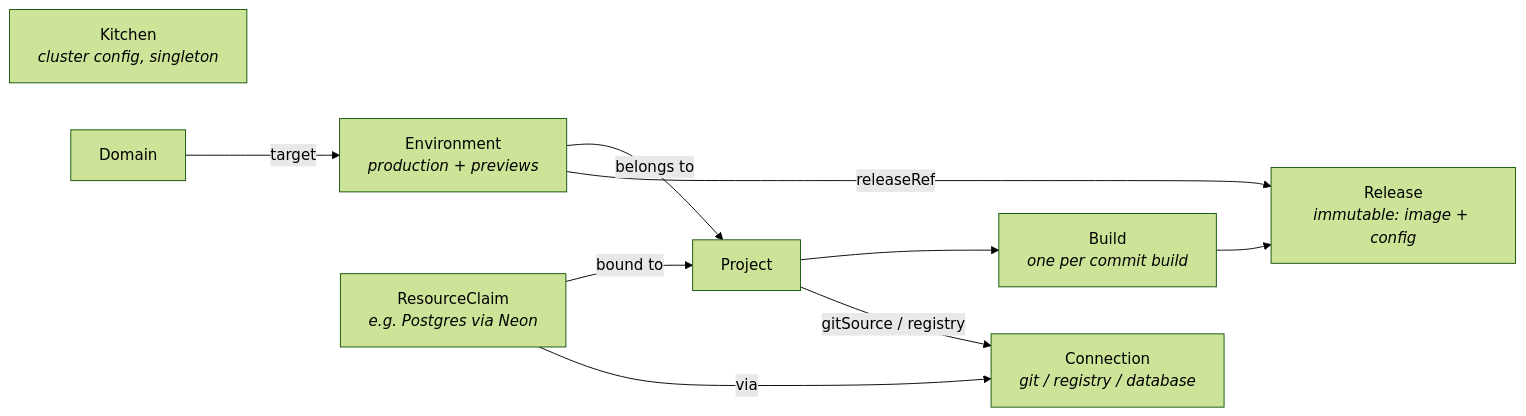
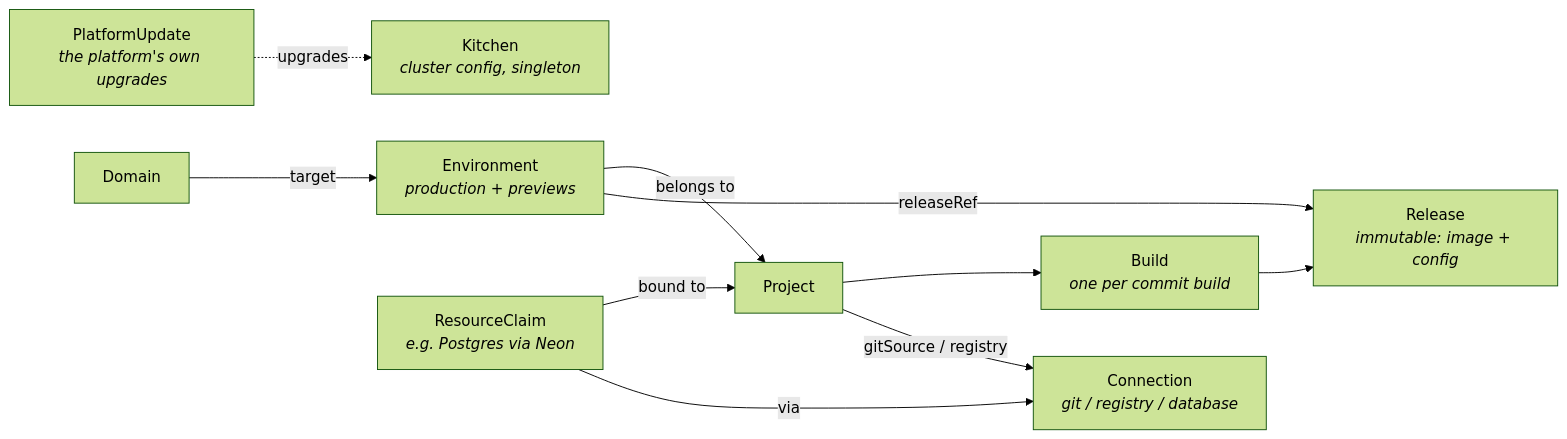
One commit to Bermos/Kitchen changed the diagram in docs/CRDS.md. Above: the diagram before and after it, drawn with Mermaid (forest theme). The commit also changed other lines of this file and 17 other files, not shown here.

````diff
--- a/docs/CRDS.md
+++ b/docs/CRDS.md
@@ -11,13 +11,14 @@
 ```mermaid
 graph LR
     K[Kitchen<br/><i>cluster config, singleton</i>]
     C[Connection<br/><i>git / registry / database</i>]
     P[Project] -->|gitSource / registry| C
     P --> B[Build<br/><i>one per commit build</i>]
     B --> R[Release<br/><i>immutable: image + config</i>]
     E[Environment<br/><i>production + previews</i>] -->|releaseRef| R
     E -->|belongs to| P
     D[Domain] -->|target| E
     RC[ResourceClaim<br/><i>e.g. Postgres via Neon</i>] -->|via| C
     RC -->|bound to| P
+    PU[PlatformUpdate<br/><i>the platform's own upgrades</i>] -.->|upgrades| K
 ```
````
